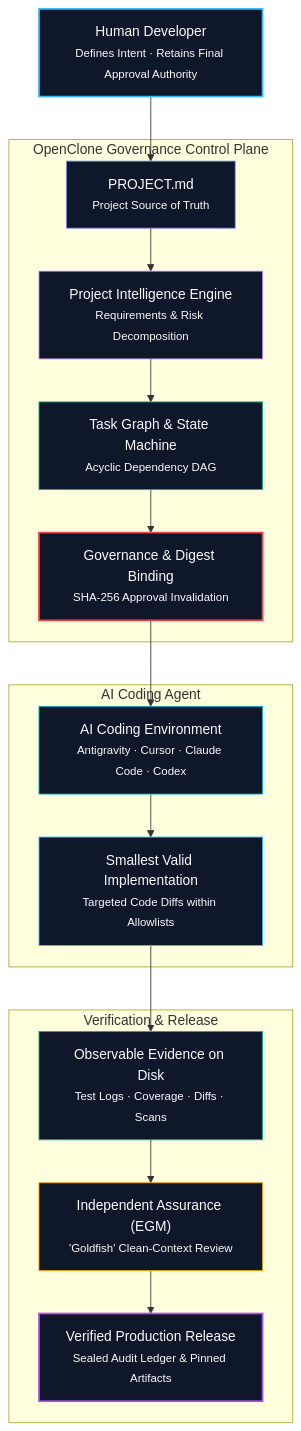
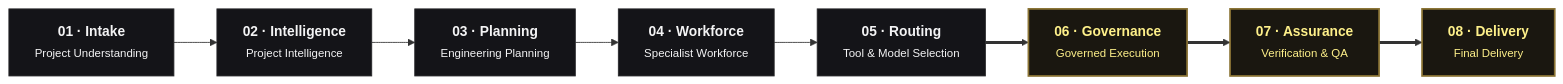
Before and after one commit to MK-1603/OpenClone: the first of 3 diagrams in README.md, drawn with Mermaid. The commit also changed other lines of this file and 2 other files, not shown here.

Commit message:
docs(readme): redesign How OpenClone Works diagram & sanitize test secret

````diff
--- a/README.md
+++ b/README.md
@@ -113,43 +117,22 @@
 ```mermaid
-flowchart TD
-    DEV["Human Developer<br/><small>Defines Intent · Retains Final Approval Authority</small>"]
+flowchart LR
+    S1["<b>01 · Intake</b><br/><small>Project Understanding</small>"]
+    S2["<b>02 · Intelligence</b><br/><small>Project Intelligence</small>"]
+    S3["<b>03 · Planning</b><br/><small>Engineering Planning</small>"]
+    S4["<b>04 · Workforce</b><br/><small>Specialist Workforce</small>"]
+    S5["<b>05 · Routing</b><br/><small>Tool & Model Selection</small>"]
+    S6["<b>06 · Governance</b><br/><small>Governed Execution</small>"]
+    S7["<b>07 · Assurance</b><br/><small>Verification & QA</small>"]
+    S8["<b>08 · Delivery</b><br/><small>Final Delivery</small>"]
 
-    subgraph OC["OpenClone Governance Control Plane"]
-        SPEC["PROJECT.md<br/><small>Project Source of Truth</small>"]
-        INTEL["Project Intelligence Engine<br/><small>Requirements & Risk Decomposition</small>"]
-        DAG["Task Graph & State Machine<br/><small>Acyclic Dependency DAG</small>"]
-        GOV["Governance & Digest Binding<br/><small>SHA-256 Approval Invalidation</small>"]
-    end
+    S1 --> S2 --> S3 --> S4 --> S5 ==> S6 ==> S7 ==> S8
 
-    subgraph AGENT["AI Coding Agent"]
-        HOST["AI Coding Environment<br/><small>Antigravity · Cursor · Claude Code · Codex</small>"]
-        IMPL["Smallest Valid Implementation<br/><small>Targeted Code Diffs within Allowlists</small>"]
-    end
-
-    subgraph VERIFY["Verification & Release"]
-        EVID["Observable Evidence on Disk<br/><small>Test Logs · Coverage · Diffs · Scans</small>"]
-        INDEP["Independent Assurance (EGM)<br/><small>'Goldfish' Clean-Context Review</small>"]
-        REL["Verified Production Release<br/><small>Sealed Audit Ledger & Pinned Artifacts</small>"]
-    end
-
-    DEV --> SPEC
-    SPEC --> INTEL
-    INTEL --> DAG
-    DAG --> GOV
-    GOV --> HOST
-    HOST --> IMPL
-    IMPL --> EVID
-    EVID --> INDEP
-    INDEP --> REL
-
-    style DEV fill:#0f172a,stroke:#38bdf8,stroke-width:2px,color:#f8fafc
-    style SPEC fill:#0f172a,stroke:#818cf8,stroke-width:1px,color:#f8fafc
-    style INTEL fill:#0f172a,stroke:#c084fc,stroke-width:1px,color:#f8fafc
-    style DAG fill:#0f172a,stroke:#10b981,stroke-width:1px,color:#f8fafc
-    style GOV fill:#0f172a,stroke:#ef4444,stroke-width:2px,color:#f8fafc
-    style HOST fill:#0f172a,stroke:#06b6d4,stroke-width:1px,color:#f8fafc
-    style IMPL fill:#0f172a,stroke:#38bdf8,stroke-width:1px,color:#f8fafc
-    style EVID fill:#0f172a,stroke:#10b981,stroke-width:1px,color:#f8fafc
-    style INDEP fill:#0f172a,stroke:#f59e0b,stroke-width:1px,color:#f8fafc
-    style REL fill:#0f172a,stroke:#a855f7,stroke-width:2px,color:#f8fafc
+    style S1 fill:#141418,stroke:#27272a,stroke-width:1px,color:#f4f4f5
+    style S2 fill:#141418,stroke:#27272a,stroke-width:1px,color:#f4f4f5
+    style S3 fill:#141418,stroke:#27272a,stroke-width:1px,color:#f4f4f5
+    style S4 fill:#141418,stroke:#27272a,stroke-width:1px,color:#f4f4f5
+    style S5 fill:#141418,stroke:#27272a,stroke-width:1px,color:#f4f4f5
+    style S6 fill:#1a1710,stroke:#8a7334,stroke-width:2px,color:#fef08a
+    style S7 fill:#1a1710,stroke:#8a7334,stroke-width:2px,color:#fef08a
+    style S8 fill:#1a1710,stroke:#8a7334,stroke-width:2px,color:#fef08a
 ```
````
